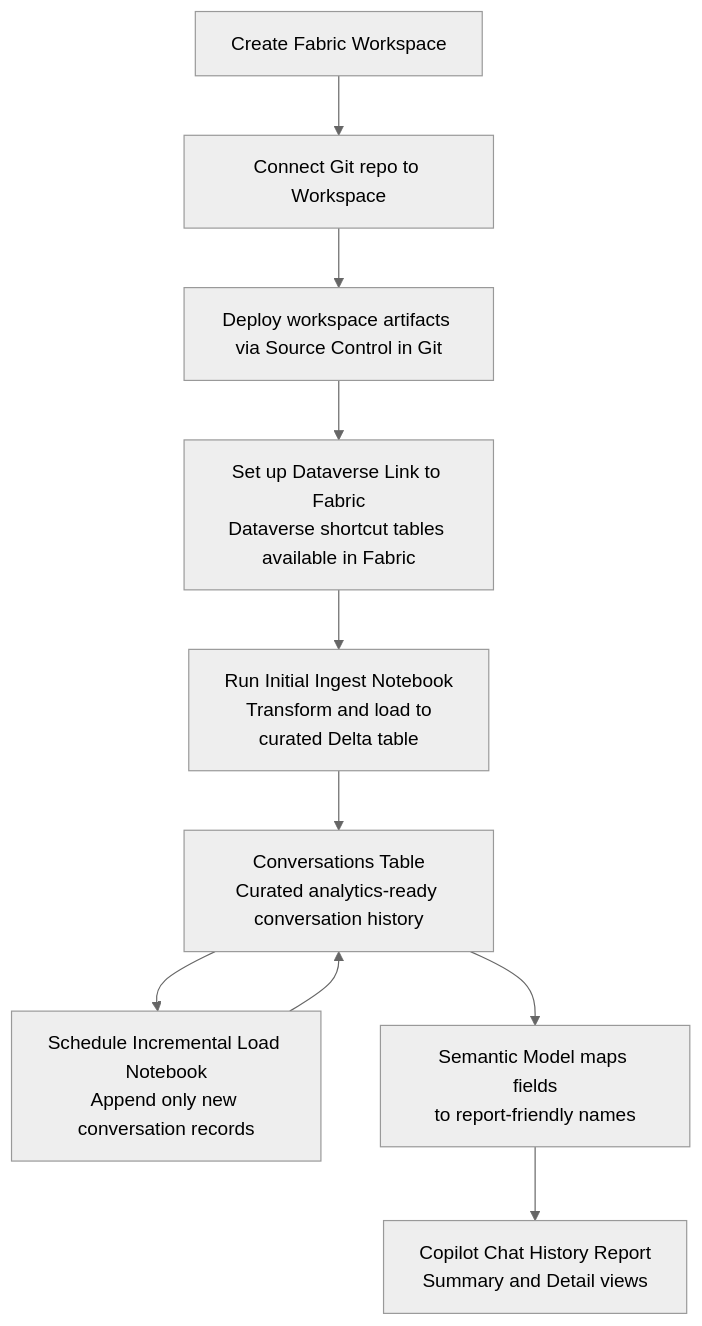
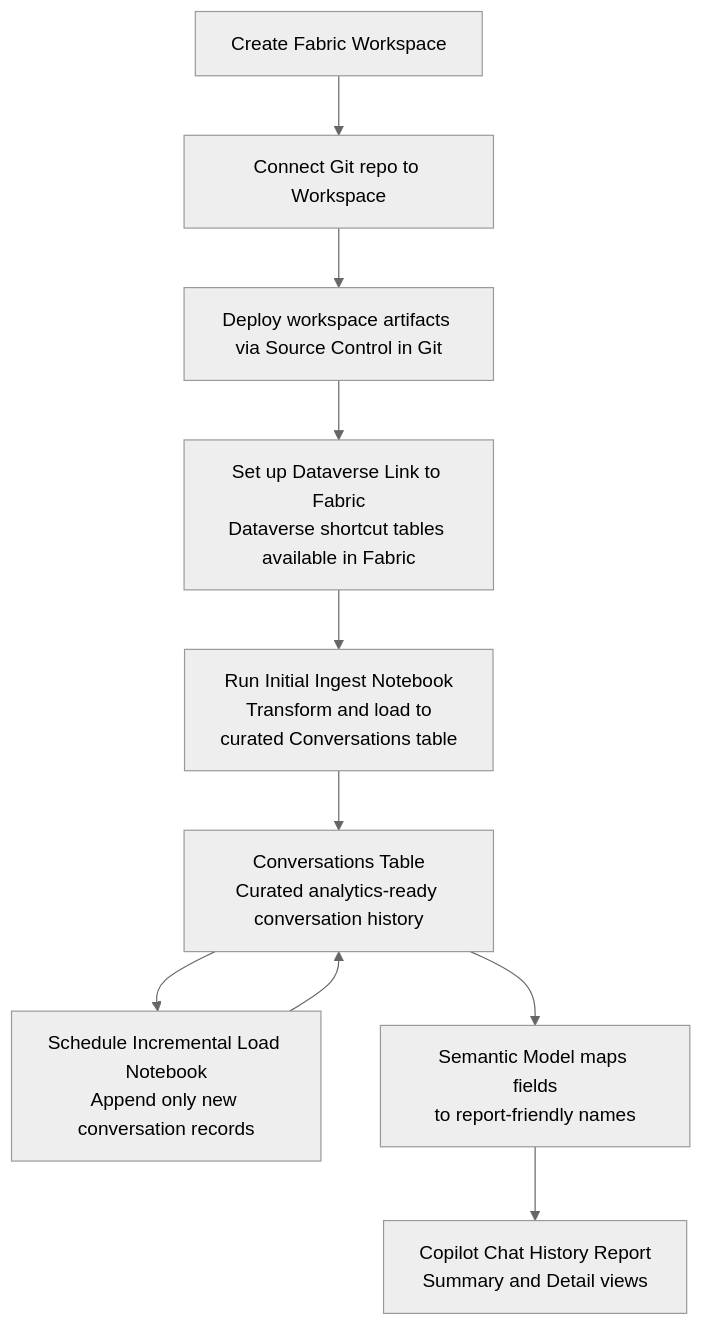
One commit to jcbendernh/copilot-chat-history-fabric changed the diagram in README.md. Above: the diagram before and after it, drawn with Mermaid (neutral theme).

````diff
--- a/README.md
+++ b/README.md
@@ -14,18 +14,18 @@
 ```mermaid
 flowchart TD
 	A[Create Fabric Workspace] 
 	B[Connect Git repo to Workspace]
 	C[Deploy workspace artifacts via Source Control in Git]
 	D[Set up Dataverse Link to Fabric<BR>Dataverse shortcut tables available in Fabric]
-	E[Run Initial Ingest Notebook<BR>Transform and load to<br/>curated Delta table]
+	E[Run Initial Ingest Notebook<BR>Transform and load to<br/>curated Conversations table]
     F[Conversations Table<br/>Curated analytics-ready conversation history]
 	G[Schedule Incremental Load Notebook<BR>Append only new conversation records]
 	H[Semantic Model maps fields<br/>to report-friendly names]
     I[Copilot Chat History Report<br/>Summary and Detail views]
 
 
     A --> B --> C--> D --> E --> F --> H --> I
     F --> G
     G --> F
 
 ```
````
